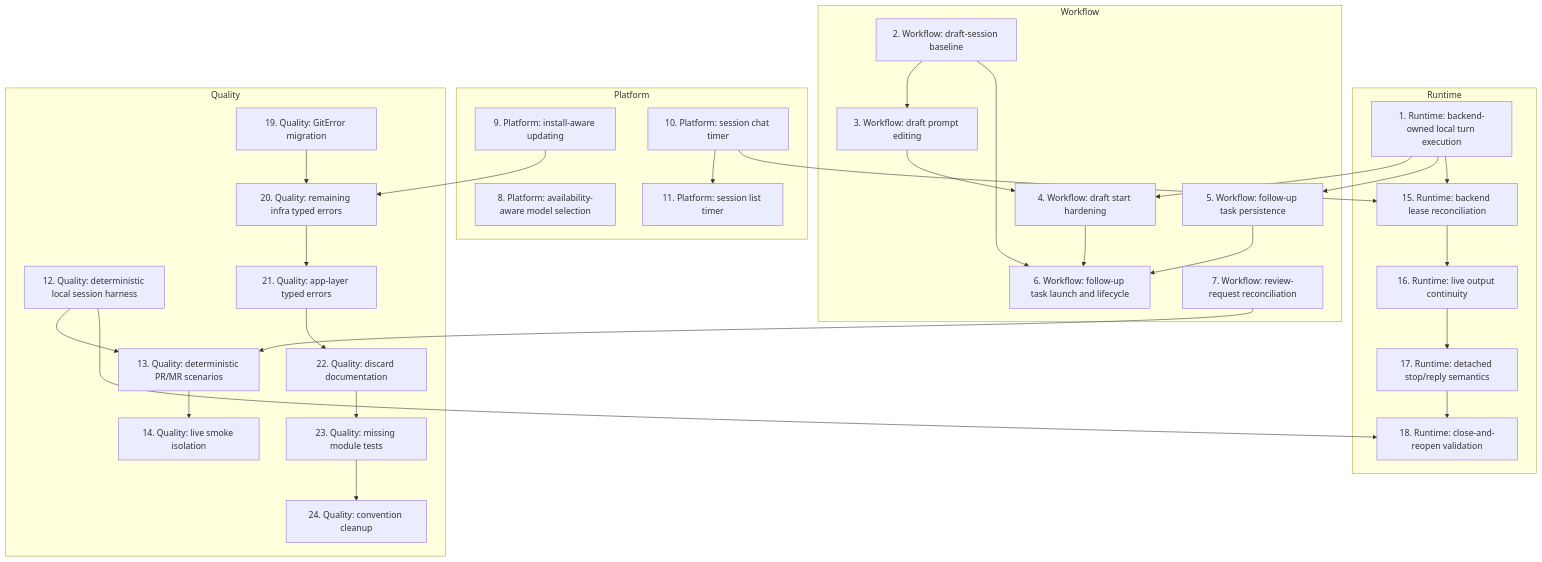
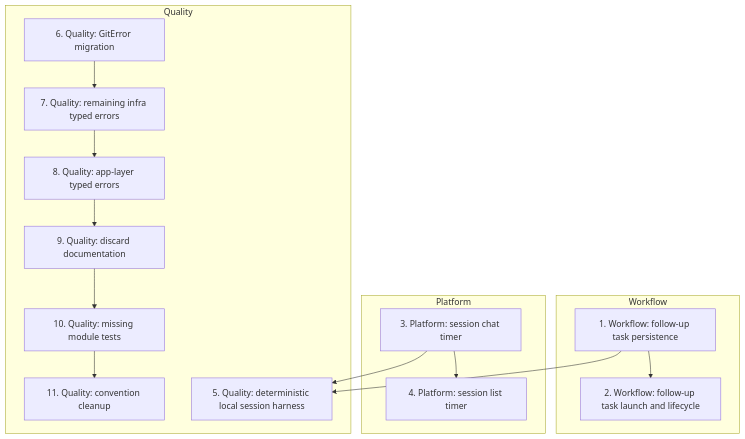
One commit to opencloudtool/agentty changed the diagram in docs/plan/roadmap.md. Above: the diagram before and after it, drawn with Mermaid. The commit also changed other lines of this file, not shown here.

First line of the commit message:
Refocus roadmap on follow-up tasks, timing, and local coverage

````diff
--- a/docs/plan/roadmap.md
+++ b/docs/plan/roadmap.md
@@ -38,42 +32,22 @@
 ```mermaid
 flowchart TD
-    subgraph Runtime
-        P1["1. Runtime: backend-owned local turn execution"]
-        P15["15. Runtime: backend lease reconciliation"] --> P16["16. Runtime: live output continuity"]
-        P16 --> P17["17. Runtime: detached stop/reply semantics"]
-        P17 --> P18["18. Runtime: close-and-reopen validation"]
-    end
-
     subgraph Workflow
-        P2["2. Workflow: draft-session baseline"] --> P3["3. Workflow: draft prompt editing"]
-        P3 --> P4["4. Workflow: draft start hardening"]
-        P5["5. Workflow: follow-up task persistence"] --> P6["6. Workflow: follow-up task launch and lifecycle"]
-        P7["7. Workflow: review-request reconciliation"]
+        P1["1. Workflow: follow-up task persistence"] --> P2["2. Workflow: follow-up task launch and lifecycle"]
     end
 
     subgraph Platform
-        P8["8. Platform: availability-aware model selection"]
-        P9["9. Platform: install-aware updating"]
-        P10["10. Platform: session chat timer"] --> P11["11. Platform: session list timer"]
+        P3["3. Platform: session chat timer"] --> P4["4. Platform: session list timer"]
     end
 
     subgraph Quality
-        P12["12. Quality: deterministic local session harness"] --> P13["13. Quality: deterministic PR/MR scenarios"]
-        P13 --> P14["14. Quality: live smoke isolation"]
-        P19["19. Quality: GitError migration"] --> P20["20. Quality: remaining infra typed errors"]
-        P20 --> P21["21. Quality: app-layer typed errors"]
-        P21 --> P22["22. Quality: discard documentation"]
-        P22 --> P23["23. Quality: missing module tests"]
-        P23 --> P24["24. Quality: convention cleanup"]
+        P5["5. Quality: deterministic local session harness"]
+        P6["6. Quality: GitError migration"] --> P7["7. Quality: remaining infra typed errors"]
+        P7 --> P8["8. Quality: app-layer typed errors"]
+        P8 --> P9["9. Quality: discard documentation"]
+        P9 --> P10["10. Quality: missing module tests"]
+        P10 --> P11["11. Quality: convention cleanup"]
     end
 
-    P1 --> P4
     P1 --> P5
-    P1 --> P15
-    P2 --> P6
-    P4 --> P6
-    P10 --> P15
-    P12 --> P18
-    P7 --> P13
-    P9 --> P20
+    P3 --> P5
 ```
````
